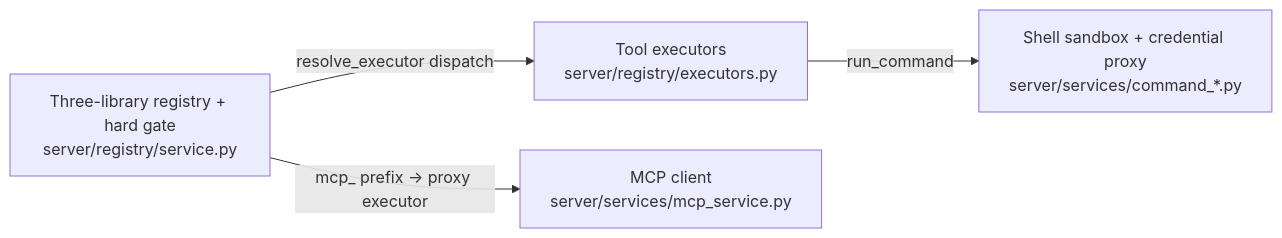
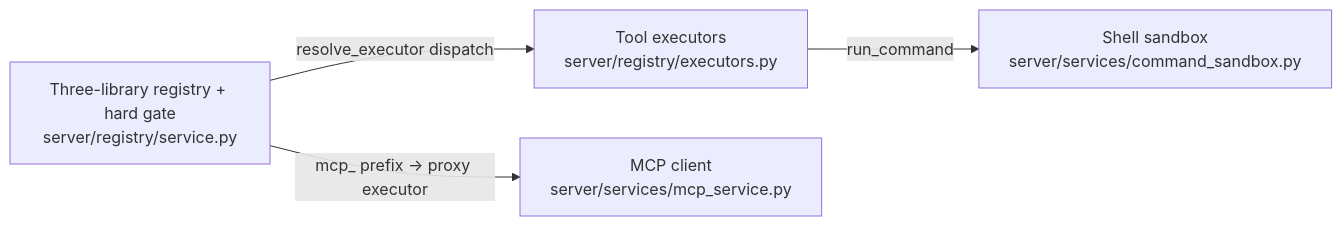
The fourth of 6 diagrams in docs/ARCHITECTURE.md (mirzatghayrat/arslan), drawn with Mermaid before and after one commit. The commit also changed other lines of this file and 2 other files, not shown here.

First line of the commit message:
docs (#298a): stop claiming a credential proxy; the command layers in the audit's words

````diff
--- a/docs/ARCHITECTURE.md
+++ b/docs/ARCHITECTURE.md
@@ -141,11 +141,11 @@
 ```mermaid
 graph LR
     registry["Three-library registry + hard gate<br/>server/registry/service.py"]
     executors["Tool executors<br/>server/registry/executors.py"]
     mcp-client["MCP client<br/>server/services/mcp_service.py"]
-    shell-sandbox["Shell sandbox + credential proxy<br/>server/services/command_*.py"]
+    shell-sandbox["Shell sandbox<br/>server/services/command_sandbox.py"]
 
     registry -->|"resolve_executor dispatch"| executors
     registry -->|"mcp_ prefix → proxy executor"| mcp-client
     executors -->|"run_command"| shell-sandbox
 ```
````
